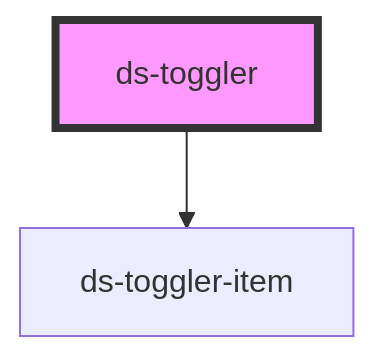
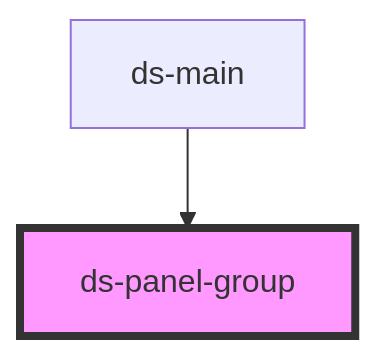
Before and after one commit to jezoock/dot-stash: the diagram in components/ui/panel-group/readme.md, drawn with Mermaid. The commit also changed other lines of this file and 22 other files, not shown here.

````diff
--- a/components/ui/panel-group/readme.md
+++ b/components/ui/panel-group/readme.md
@@ -24,5 +23,5 @@
 ```mermaid
 graph TD;
-  ds-toggler --> ds-toggler-item
-  style ds-toggler fill:#f9f,stroke:#333,stroke-width:4px
+  ds-main --> ds-panel-group
+  style ds-panel-group fill:#f9f,stroke:#333,stroke-width:4px
 ```
````
